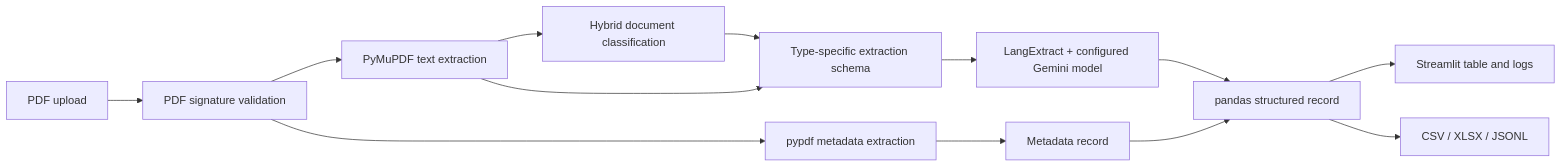
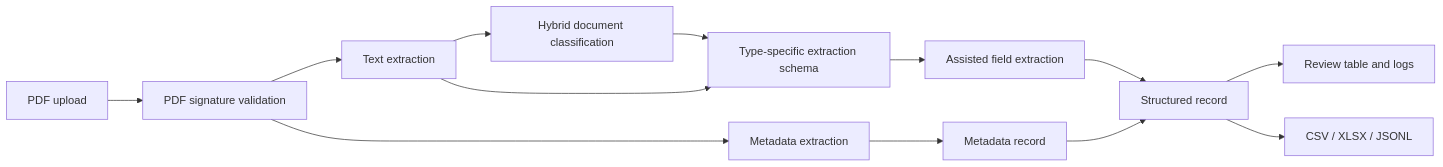
The second of 3 diagrams in README.md (arielabade/mandacaru), drawn with Mermaid before and after one commit. The commit also changed other lines of this file and 5 other files, not shown here.

````diff
--- a/README.md
+++ b/README.md
@@ -110,15 +110,15 @@
 ```mermaid
 flowchart LR
     A[PDF upload] --> B[PDF signature validation]
-    B --> C[PyMuPDF text extraction]
-    B --> D[pypdf metadata extraction]
+    B --> C[Text extraction]
+    B --> D[Metadata extraction]
     C --> E[Hybrid document classification]
     D --> F[Metadata record]
     E --> G[Type-specific extraction schema]
     C --> G
-    G --> H[LangExtract + configured Gemini model]
-    H --> I[pandas structured record]
+    G --> H[Assisted field extraction]
+    H --> I[Structured record]
     F --> I
-    I --> J[Streamlit table and logs]
+    I --> J[Review table and logs]
     I --> K[CSV / XLSX / JSONL]
 ```
````
